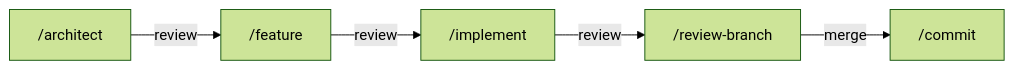
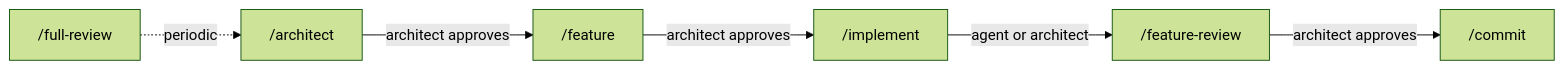
Before and after one commit to sjev/robodev: the diagram in docs/architecture.md, drawn with Mermaid (forest theme). The commit also changed other lines of this file, not shown here.

````diff
--- a/docs/architecture.md
+++ b/docs/architecture.md
@@ -190,7 +189,9 @@
 ```mermaid
 flowchart LR
-    A["/architect"] -->|review| B["/feature"]
-    B -->|review| C["/implement"]
-    C -->|review| D["/review-branch"]
-    D -->|merge| E["/commit"]
+    A["/architect"] -->|architect approves| B["/feature"]
+    B -->|architect approves| C["/implement"]
+    C -->|agent or architect| D["/feature-review"]
+    D -->|architect approves| E["/commit"]
+
+    F["/full-review"] -.->|periodic| A
 ```
````
